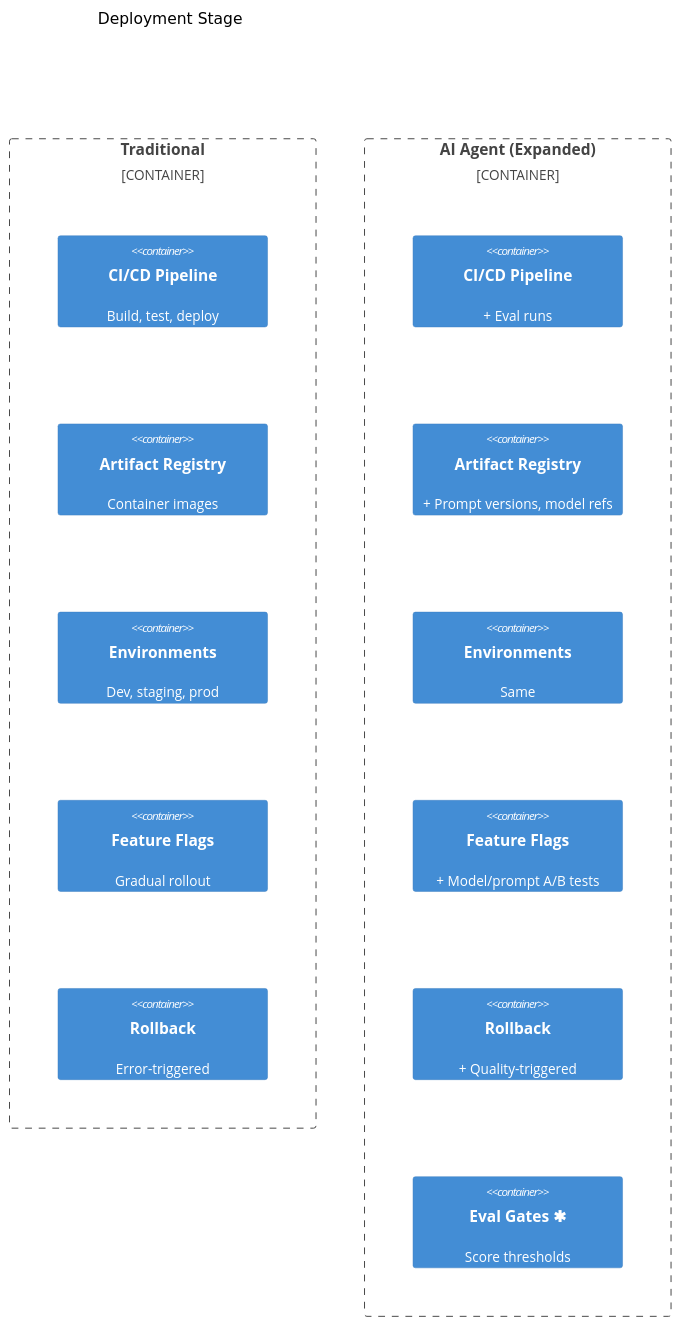
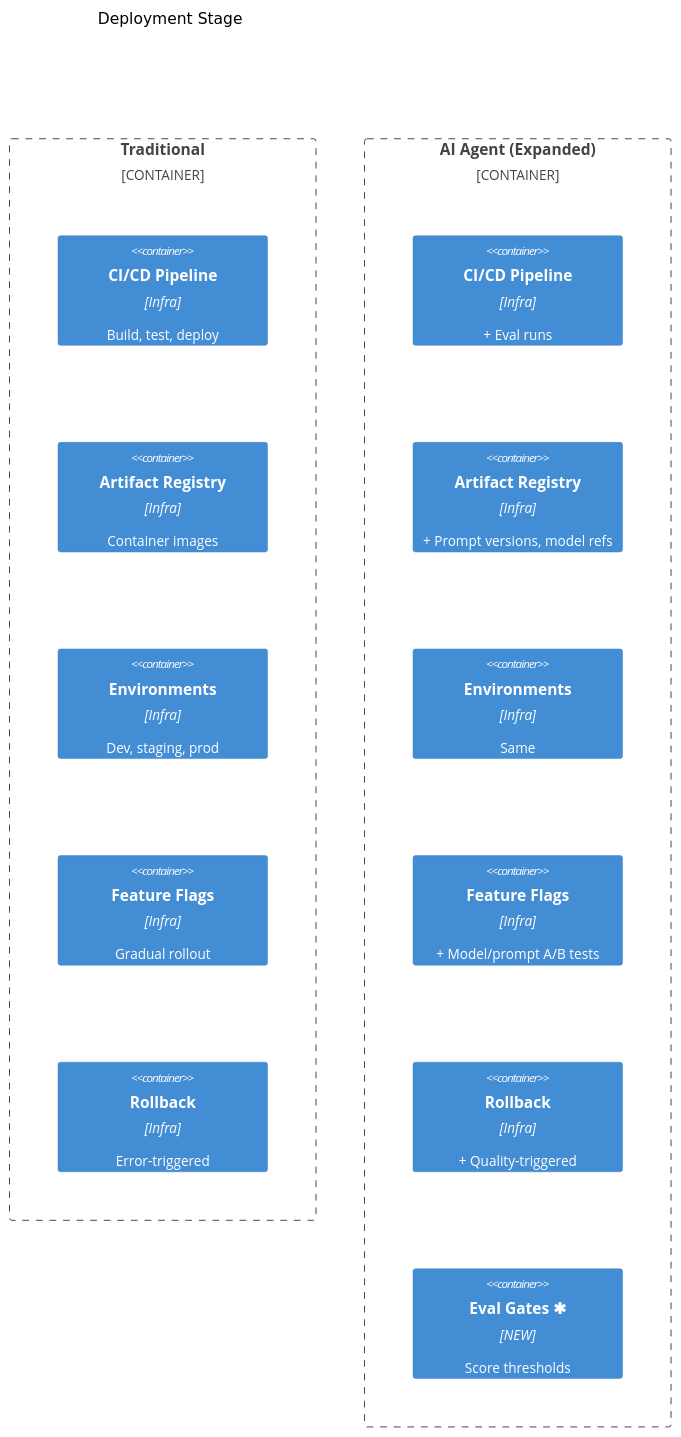
The seventh of 8 diagrams in 03-comparison.md (Ingeniator/ai-agent-sdlc-docs), drawn with Mermaid (forest theme) before and after one commit. The commit also changed other lines of this file and 2 other files, not shown here.

````diff
--- a/03-comparison.md
+++ b/03-comparison.md
@@ -264,21 +261,21 @@
 ```mermaid
 C4Container
     title Deployment Stage
 
     Container_Boundary(trad, "Traditional") {
-        Container(t1, "CI/CD Pipeline", "", "Build, test, deploy")
-        Container(t2, "Artifact Registry", "", "Container images")
-        Container(t3, "Environments", "", "Dev, staging, prod")
-        Container(t4, "Feature Flags", "", "Gradual rollout")
-        Container(t5, "Rollback", "", "Error-triggered")
+        Container(t1, "CI/CD Pipeline", "Infra", "Build, test, deploy")
+        Container(t2, "Artifact Registry", "Infra", "Container images")
+        Container(t3, "Environments", "Infra", "Dev, staging, prod")
+        Container(t4, "Feature Flags", "Infra", "Gradual rollout")
+        Container(t5, "Rollback", "Infra", "Error-triggered")
     }
 
     Container_Boundary(ai, "AI Agent (Expanded)") {
-        Container(a1, "CI/CD Pipeline", "", "+ Eval runs")
-        Container(a2, "Artifact Registry", "", "+ Prompt versions, model refs")
-        Container(a3, "Environments", "", "Same")
-        Container(a4, "Feature Flags", "", "+ Model/prompt A/B tests")
-        Container(a5, "Rollback", "", "+ Quality-triggered")
-        Container(a6, "Eval Gates ✱", "", "Score thresholds")
+        Container(a1, "CI/CD Pipeline", "Infra", "+ Eval runs")
+        Container(a2, "Artifact Registry", "Infra", "+ Prompt versions, model refs")
+        Container(a3, "Environments", "Infra", "Same")
+        Container(a4, "Feature Flags", "Infra", "+ Model/prompt A/B tests")
+        Container(a5, "Rollback", "Infra", "+ Quality-triggered")
+        Container(a6, "Eval Gates ✱", "NEW", "Score thresholds")
     }
 ```
````
